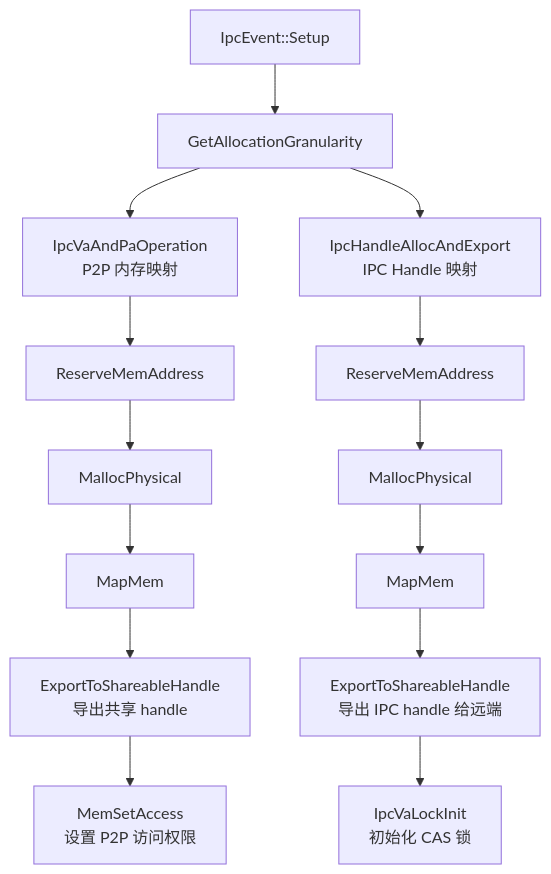
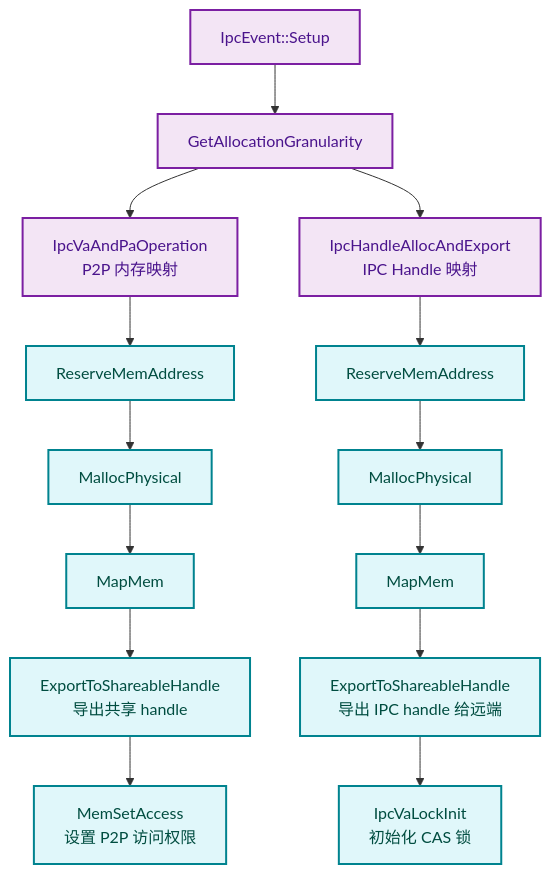
One commit to 18liumin/runtime changed the eighth of 11 diagrams in docs/design/modules/event/event.md. Above: the diagram before and after it, drawn with Mermaid. The commit also changed other lines of this file, not shown here.

First line of the commit message:
docs/design/event: 参照task模块重构图表风格和内容结构

````diff
--- a/docs/design/modules/event/event.md
+++ b/docs/design/modules/event/event.md
@@ -320,16 +343,21 @@
 ```mermaid
+
 flowchart TD
-    A[IpcEvent::Setup] --> B[GetAllocationGranularity]
-    B --> C[IpcVaAndPaOperation<br/>P2P 内存映射]
-    C --> C1[ReserveMemAddress]
-    C1 --> C2[MallocPhysical]
-    C2 --> C3[MapMem]
-    C3 --> C4[ExportToShareableHandle<br/>导出共享 handle]
-    C4 --> C5[MemSetAccess<br/>设置 P2P 访问权限]
-    B --> D[IpcHandleAllocAndExport<br/>IPC Handle 映射]
-    D --> D1[ReserveMemAddress]
-    D1 --> D2[MallocPhysical]
-    D2 --> D3[MapMem]
-    D3 --> D4[ExportToShareableHandle<br/>导出 IPC handle 给远端]
-    D4 --> D5[IpcVaLockInit<br/>初始化 CAS 锁]
+    classDef ipcStyle fill:#F3E5F5,stroke:#7B1FA2,stroke-width:2px,color:#4A148C
+    classDef memStyle fill:#E0F7FA,stroke:#00838F,stroke-width:2px,color:#004D40
+
+    A["IpcEvent::Setup"]:::ipcStyle --> B["GetAllocationGranularity"]:::ipcStyle
+    B --> C["IpcVaAndPaOperation<br/>P2P 内存映射"]:::ipcStyle
+    C --> C1["ReserveMemAddress"]:::memStyle
+    C1 --> C2["MallocPhysical"]:::memStyle
+    C2 --> C3["MapMem"]:::memStyle
+    C3 --> C4["ExportToShareableHandle<br/>导出共享 handle"]:::memStyle
+    C4 --> C5["MemSetAccess<br/>设置 P2P 访问权限"]:::memStyle
+    B --> D["IpcHandleAllocAndExport<br/>IPC Handle 映射"]:::ipcStyle
+    D --> D1["ReserveMemAddress"]:::memStyle
+    D1 --> D2["MallocPhysical"]:::memStyle
+    D2 --> D3["MapMem"]:::memStyle
+    D3 --> D4["ExportToShareableHandle<br/>导出 IPC handle 给远端"]:::memStyle
+    D4 --> D5["IpcVaLockInit<br/>初始化 CAS 锁"]:::memStyle
+
 ```
````
